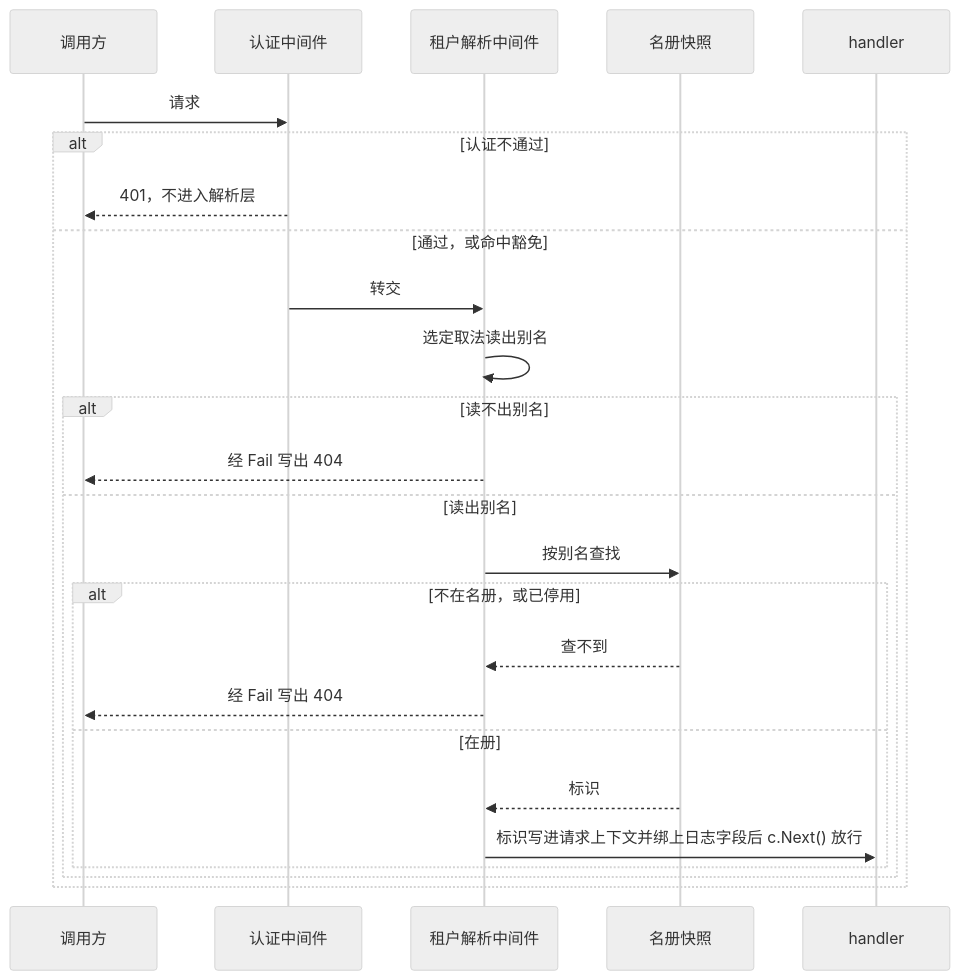
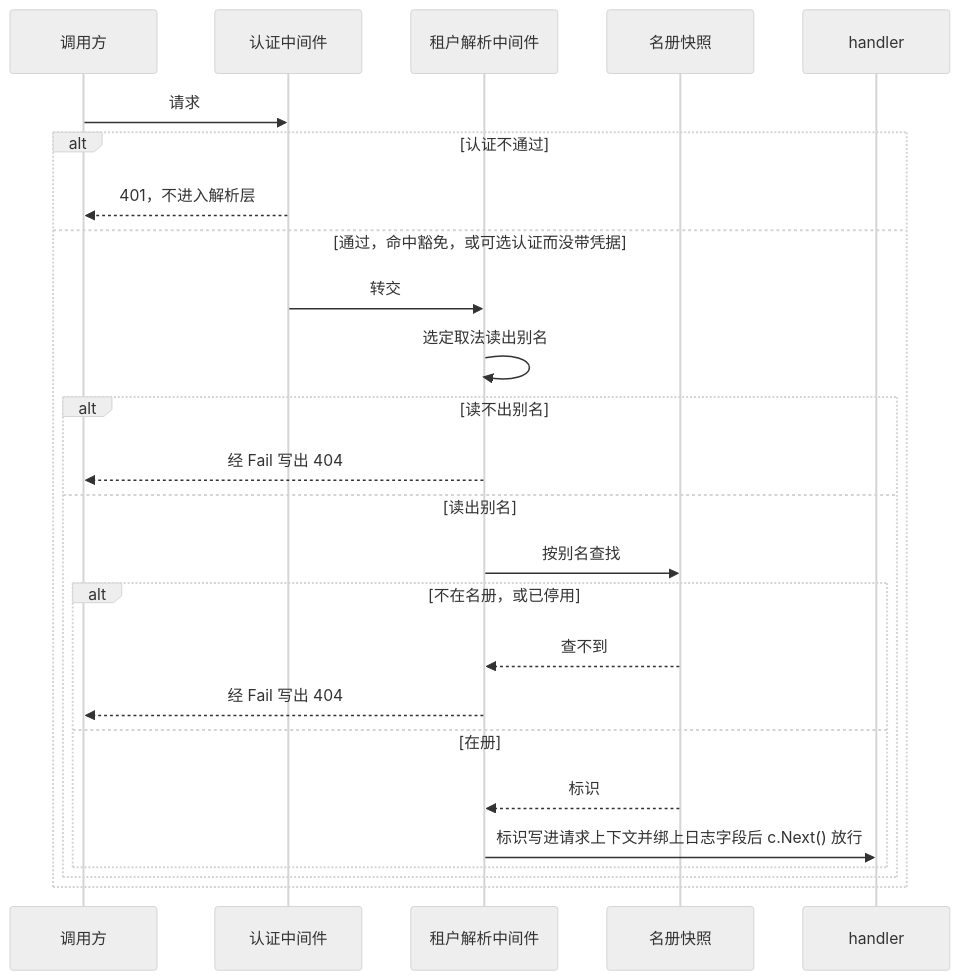
The second of 4 diagrams in docs/design/modules/design-tenant.md (wangzw/speed), drawn with Mermaid (neutral theme) before and after one commit. The commit also changed other lines of this file and 89 other files, not shown here.

````diff
--- a/docs/design/modules/design-tenant.md
+++ b/docs/design/modules/design-tenant.md
@@ -412,28 +419,28 @@
 ```mermaid
 sequenceDiagram
     participant C as 调用方
     participant A as 认证中间件
     participant R as 租户解析中间件
     participant S as 名册快照
     participant H as handler
 
     C->>A: 请求
     alt 认证不通过
         A-->>C: 401，不进入解析层
-    else 通过，或命中豁免
+    else 通过，命中豁免，或可选认证而没带凭据
         A->>R: 转交
         R->>R: 选定取法读出别名
         alt 读不出别名
             R-->>C: 经 Fail 写出 404
         else 读出别名
             R->>S: 按别名查找
             alt 不在名册，或已停用
                 S-->>R: 查不到
                 R-->>C: 经 Fail 写出 404
             else 在册
                 S-->>R: 标识
                 R->>H: 标识写进请求上下文并绑上日志字段后 c.Next() 放行
             end
         end
     end
 ```
````
